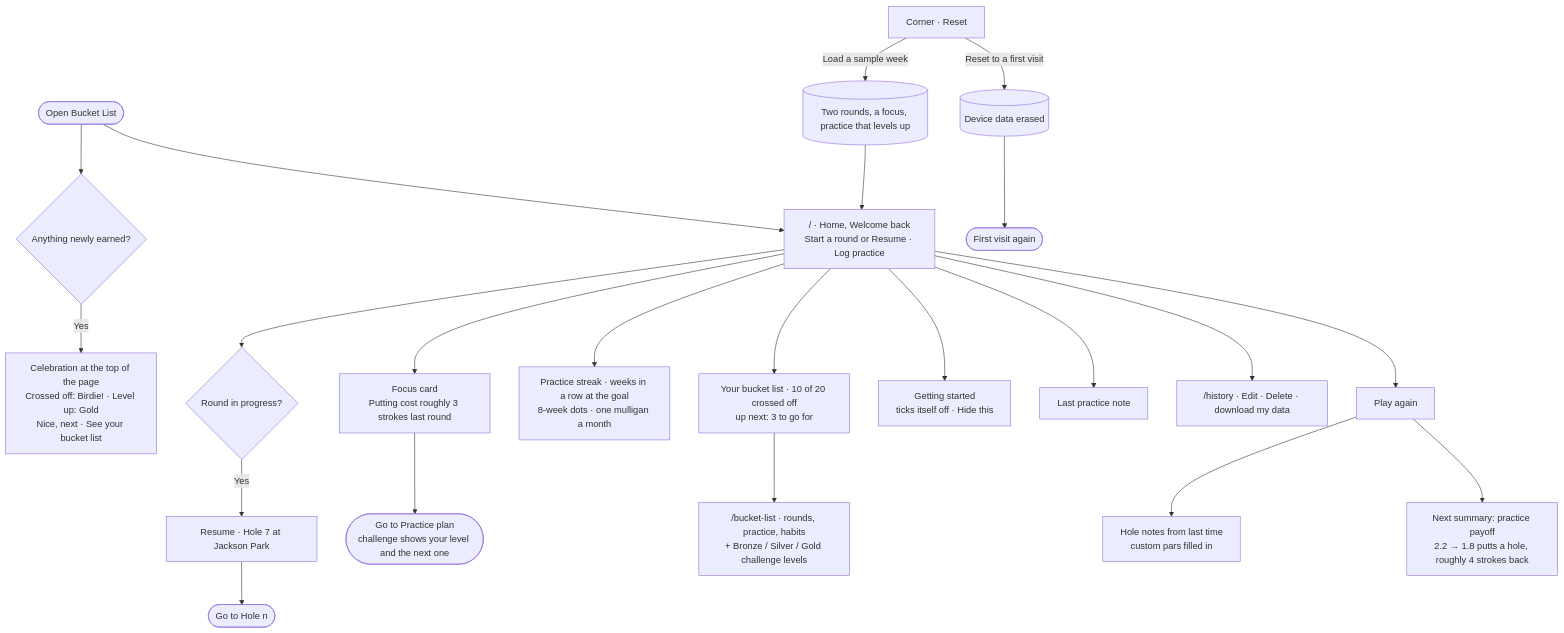
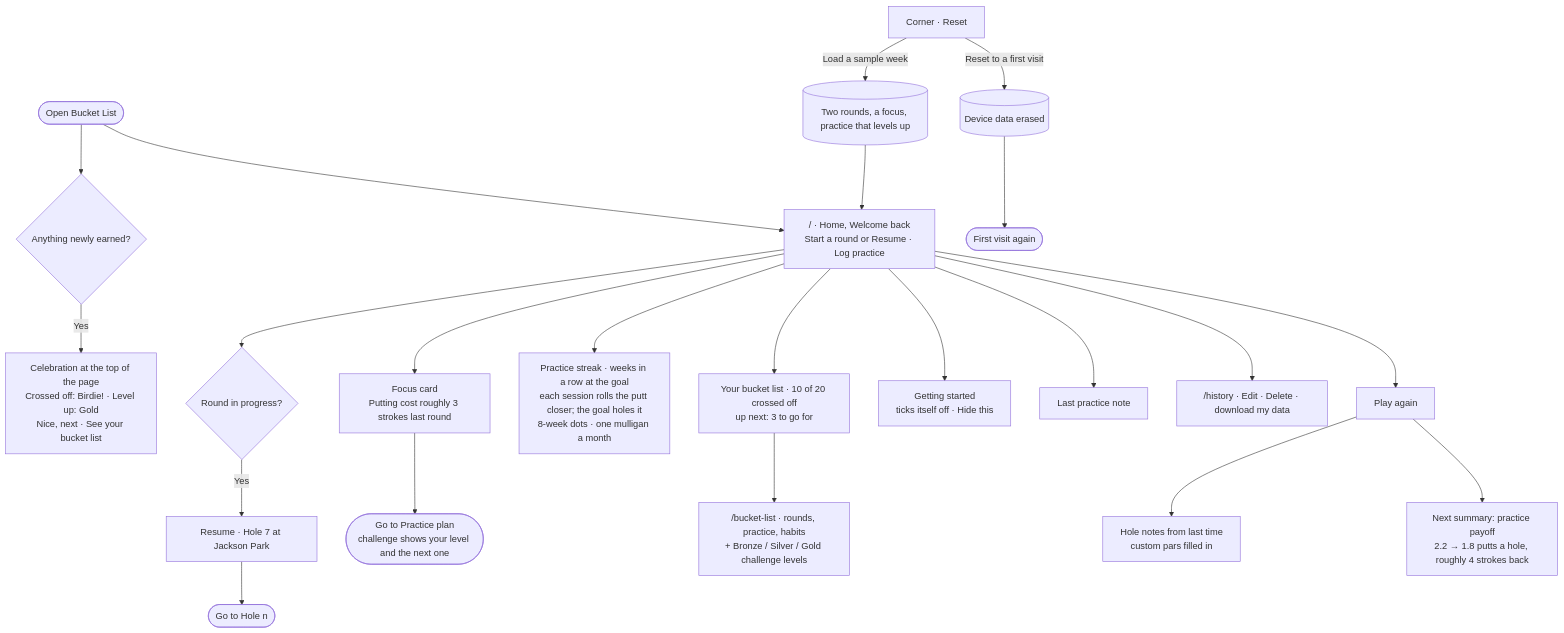
One commit to apham799/DesignBuildShip_Assignment3 changed the fifth of 5 diagrams in README.md. Above: the diagram before and after it, drawn with Mermaid. The commit also changed 6 other files, not shown here.

First line of the commit message:
Streak putt: each session rolls the ball closer, the goal holes it

````diff
--- a/README.md
+++ b/README.md
@@ -125,25 +125,25 @@
 ```mermaid
 flowchart TD
   open(["Open Bucket List"]) --> wb["/ · Home, Welcome back<br/>Start a round or Resume · Log practice"]
   new{"Anything newly earned?"} -- "Yes" --> party["Celebration at the top of the page<br/>Crossed off: Birdie! · Level up: Gold<br/>Nice, next · See your bucket list"]
   open --> new
   wb --> inprog{"Round in progress?"}
   inprog -- "Yes" --> resume["Resume · Hole 7 at Jackson Park"]
   resume --> hole(["Go to Hole n"])
   wb --> focus["Focus card<br/>Putting cost roughly 3 strokes last round"]
   focus --> plan(["Go to Practice plan<br/>challenge shows your level and the next one"])
-  wb --> streakc["Practice streak · weeks in a row at the goal<br/>8-week dots · one mulligan a month"]
+  wb --> streakc["Practice streak · weeks in a row at the goal<br/>each session rolls the putt closer; the goal holes it<br/>8-week dots · one mulligan a month"]
   wb --> bucket["Your bucket list · 10 of 20 crossed off<br/>up next: 3 to go for"]
   bucket --> list["/bucket-list · rounds, practice, habits<br/>+ Bronze / Silver / Gold challenge levels"]
   wb --> checklist["Getting started<br/>ticks itself off · Hide this"]
   wb --> note["Last practice note"]
   wb --> hist["/history · Edit · Delete · download my data"]
   wb --> again["Play again"]
   again --> notes["Hole notes from last time<br/>custom pars filled in"]
   again --> pay["Next summary: practice payoff<br/>2.2 → 1.8 putts a hole, roughly 4 strokes back"]
 
   menu["Corner · Reset"] -- "Reset to a first visit" --> erase[("Device data erased")]
   erase --> first(["First visit again"])
   menu -- "Load a sample week" --> sample[("Two rounds, a focus, practice that levels up")]
   sample --> wb
 ```
````
